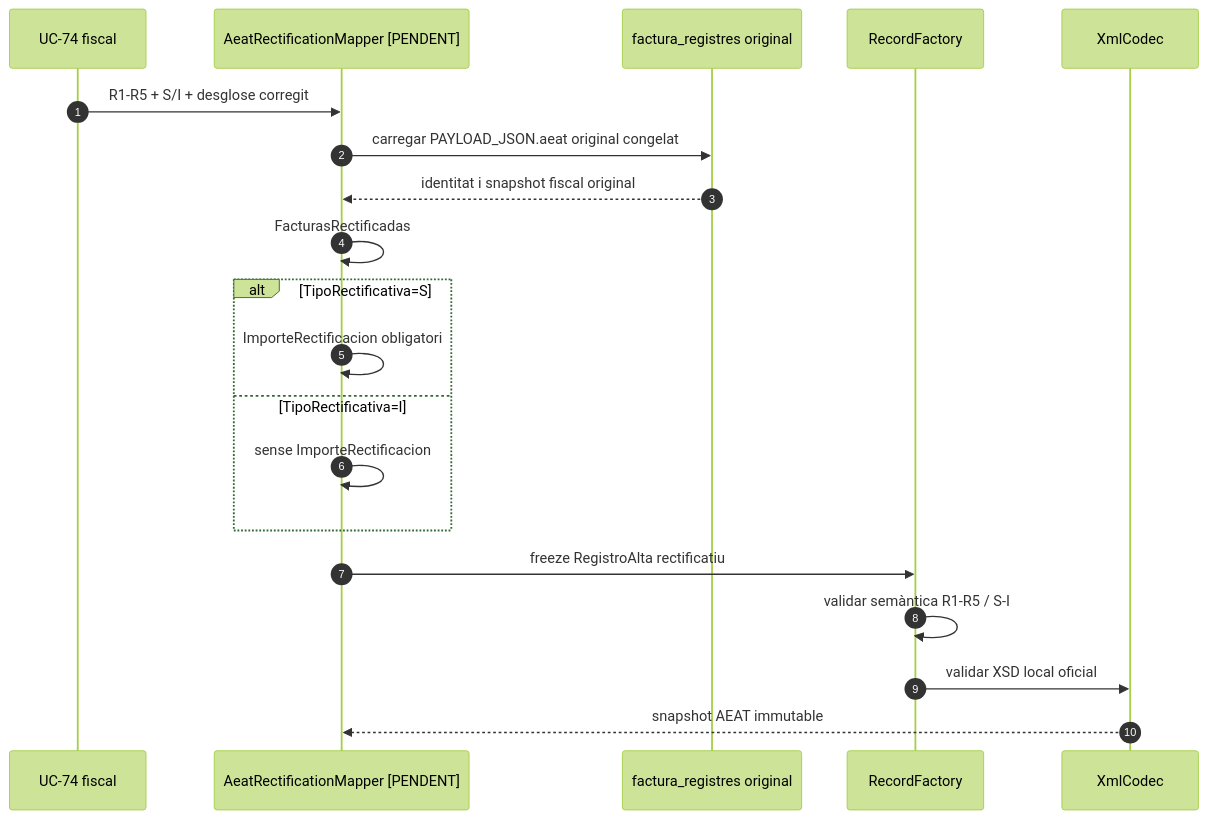
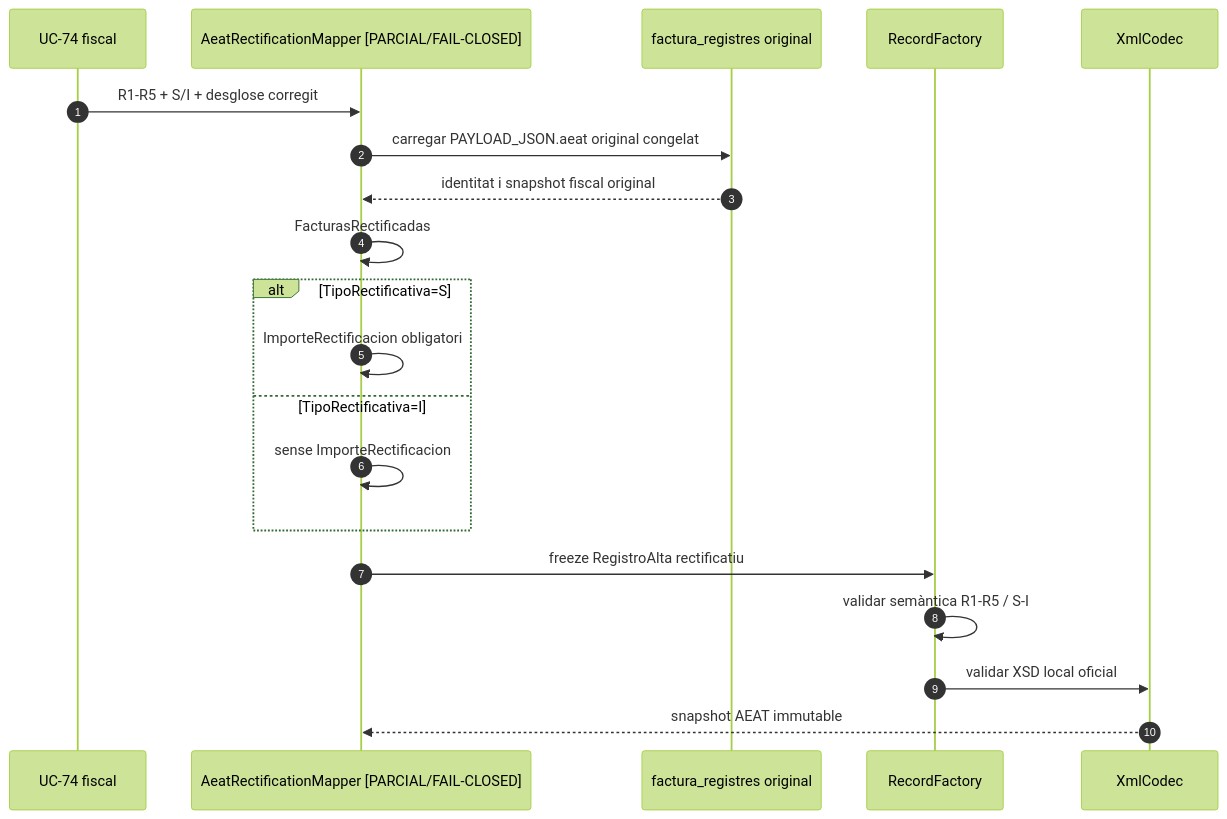
One commit to orgmeriemprismacat-del/verifactu changed the sixth of 6 diagrams in documentacio/07-uml-integrat/uc-005-sequencies-actual-final.md. Above: the diagram before and after it, drawn with Mermaid (forest theme). The commit also changed other lines of this file, not shown here.

````diff
--- a/documentacio/07-uml-integrat/uc-005-sequencies-actual-final.md
+++ b/documentacio/07-uml-integrat/uc-005-sequencies-actual-final.md
@@ -152,22 +154,22 @@
 ```mermaid
 sequenceDiagram
 autonumber
 participant U74 as UC-74 fiscal
-participant MAP as AeatRectificationMapper [PENDENT]
+participant MAP as AeatRectificationMapper [PARCIAL/FAIL-CLOSED]
 participant OR as factura_registres original
 participant RF as RecordFactory
 participant X as XmlCodec
 U74->>MAP: R1-R5 + S/I + desglose corregit
 MAP->>OR: carregar PAYLOAD_JSON.aeat original congelat
 OR-->>MAP: identitat i snapshot fiscal original
 MAP->>MAP: FacturasRectificadas
 alt TipoRectificativa=S
  MAP->>MAP: ImporteRectificacion obligatori
 else TipoRectificativa=I
  MAP->>MAP: sense ImporteRectificacion
 end
 MAP->>RF: freeze RegistroAlta rectificatiu
 RF->>RF: validar semàntica R1-R5 / S-I
 RF->>X: validar XSD local oficial
 X-->>MAP: snapshot AEAT immutable
 ```
````
